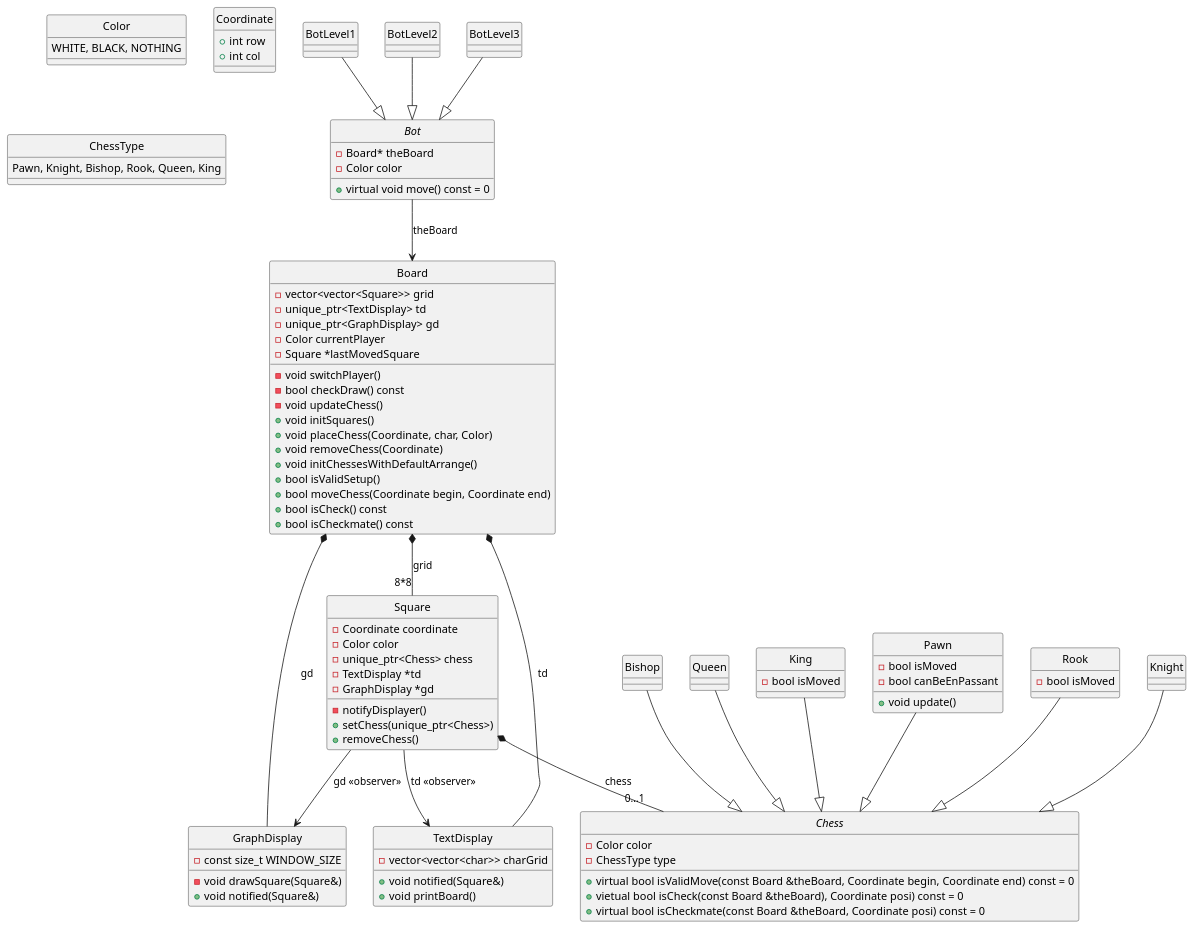
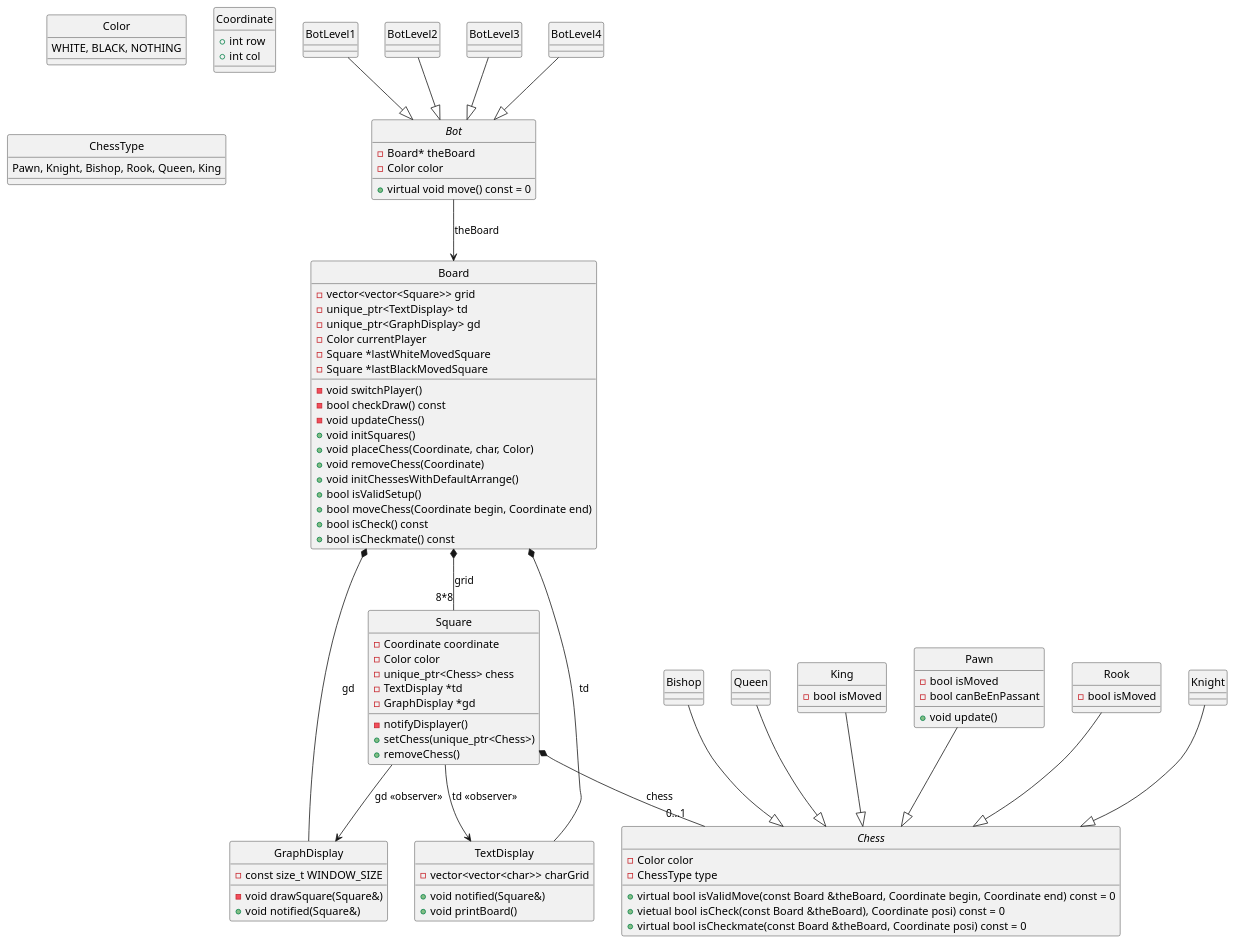
The diagram in doc/UML.puml (TractorBenson/Chess), drawn with PlantUML before and after one commit. The commit also changed 5 other files, not shown here.

Commit message:
finish UML

```diff
--- a/doc/UML.puml
+++ b/doc/UML.puml
@@ -1,148 +1,154 @@
 @startuml UML
 hide circle
 skinparam groupInheritance 2
 
 
 enum Color { 
     WHITE, BLACK, NOTHING 
 }
 
 struct Coordinate {
     + int row
     + int col
 }
 
 enum ChessType {
     Pawn, Knight, Bishop, Rook, Queen, King
 }
 
 class Square {
     - Coordinate coordinate
     - Color color
     - unique_ptr<Chess> chess
     - TextDisplay *td
     - GraphDisplay *gd
     - notifyDisplayer() 
     + setChess(unique_ptr<Chess>)
     + removeChess()
 }
 Square --> TextDisplay : td <<observer>>
 Square --> GraphDisplay : gd <<observer>>
 Square *-- "0...1" Chess : chess
 
 
 abstract class Chess {
     - Color color
     - ChessType type
     + virtual bool isValidMove(const Board &theBoard, Coordinate begin, Coordinate end) const = 0
     + vietual bool isCheck(const Board &theBoard), Coordinate posi) const = 0
     + virtual bool isCheckmate(const Board &theBoard, Coordinate posi) const = 0
 }
 
 class Pawn {
     - bool isMoved
     - bool canBeEnPassant
     ' + bool isValidMove(const Board &theBoard, Coordinate begin, Coordinate end) const override
     ' + bool isCheck(const Board &theBoard, Coordinate posi) const override
     ' + bool isCheckmate(const Board &theBoard, Coordinate posi) const override
     + void update()
 }
 Pawn --|> Chess
 
 class Rook {
     - bool isMoved
     ' + bool isValidMove(const Board &theBoard, Coordinate begin, Coordinate end) const override
     ' + bool isCheck(const Board &theBoard, Coordinate posi) const override
     ' + bool isCheckmate(const Board &theBoard, Coordinate posi) const override
 }
 Rook --|> Chess
 
 class Knight {
     ' + bool isValidMove(const Board &theBoard, Coordinate begin, Coordinate end) const override
     ' + bool isCheck(const Board &theBoard, Coordinate posi) const override
     ' + bool isCheckmate(const Board &theBoard, Coordinate posi) const override
 }
 Knight --|> Chess
 
 class Bishop {
     ' + bool isValidMove(const Board &theBoard, Coordinate begin, Coordinate end) const override
     ' + bool isCheck(const Board &theBoard, Coordinate posi) const override
     ' + bool isCheckmate(const Board &theBoard, Coordinate posi) const override
 }
 Bishop --|> Chess
 
 class Queen {
     ' + bool isValidMove(const Board &theBoard, Coordinate begin, Coordinate end) const override
     ' + bool isCheck(const Board &theBoard, Coordinate posi) const override
     ' + bool isCheckmate(const Board &theBoard, Coordinate posi) const override
 }
 Queen --|> Chess
 
 class King {
     - bool isMoved
     ' + bool isValidMove(const Board &theBoard, Coordinate begin, Coordinate end) const override
     ' + bool isCheck(const Board &theBoard, Coordinate posi) const override
     ' + bool isCheckmate(const Board &theBoard, Coordinate posi) const override
 }
 King --|> Chess
 
 
 class Board {
     - vector<vector<Square>> grid
     - unique_ptr<TextDisplay> td
     - unique_ptr<GraphDisplay> gd
     - Color currentPlayer
-    - Square *lastMovedSquare
+    - Square *lastWhiteMovedSquare
+    - Square *lastBlackMovedSquare
     - void switchPlayer()
     - bool checkDraw() const
     - void updateChess()
     + void initSquares()
     + void placeChess(Coordinate, char, Color)
     + void removeChess(Coordinate)
     + void initChessesWithDefaultArrange()
     + bool isValidSetup()
     + bool moveChess(Coordinate begin, Coordinate end)
     + bool isCheck() const
     + bool isCheckmate() const
 }
 Board *-- "8*8" Square : grid
 Board *-- TextDisplay : td
 Board *-- GraphDisplay : gd
 
 
 class TextDisplay {
     - vector<vector<char>> charGrid
     + void notified(Square&)
     + void printBoard()
 }
 
 class GraphDisplay {
     - const size_t WINDOW_SIZE
     - void drawSquare(Square&)
     + void notified(Square&)
 }
 
 
 abstract class Bot {
     - Board* theBoard
     - Color color
     + virtual void move() const = 0
 }
 Bot --> Board : theBoard
 
 class BotLevel1 {
 
 }
 BotLevel1 --|> Bot
 
 class BotLevel2 {
 
 }
 BotLevel2 --|> Bot
 
 class BotLevel3 {
 
 }
 BotLevel3 --|> Bot
 
+class BotLevel4 {
+
+}
+BotLevel4 --|> Bot
+
 @enduml
```
